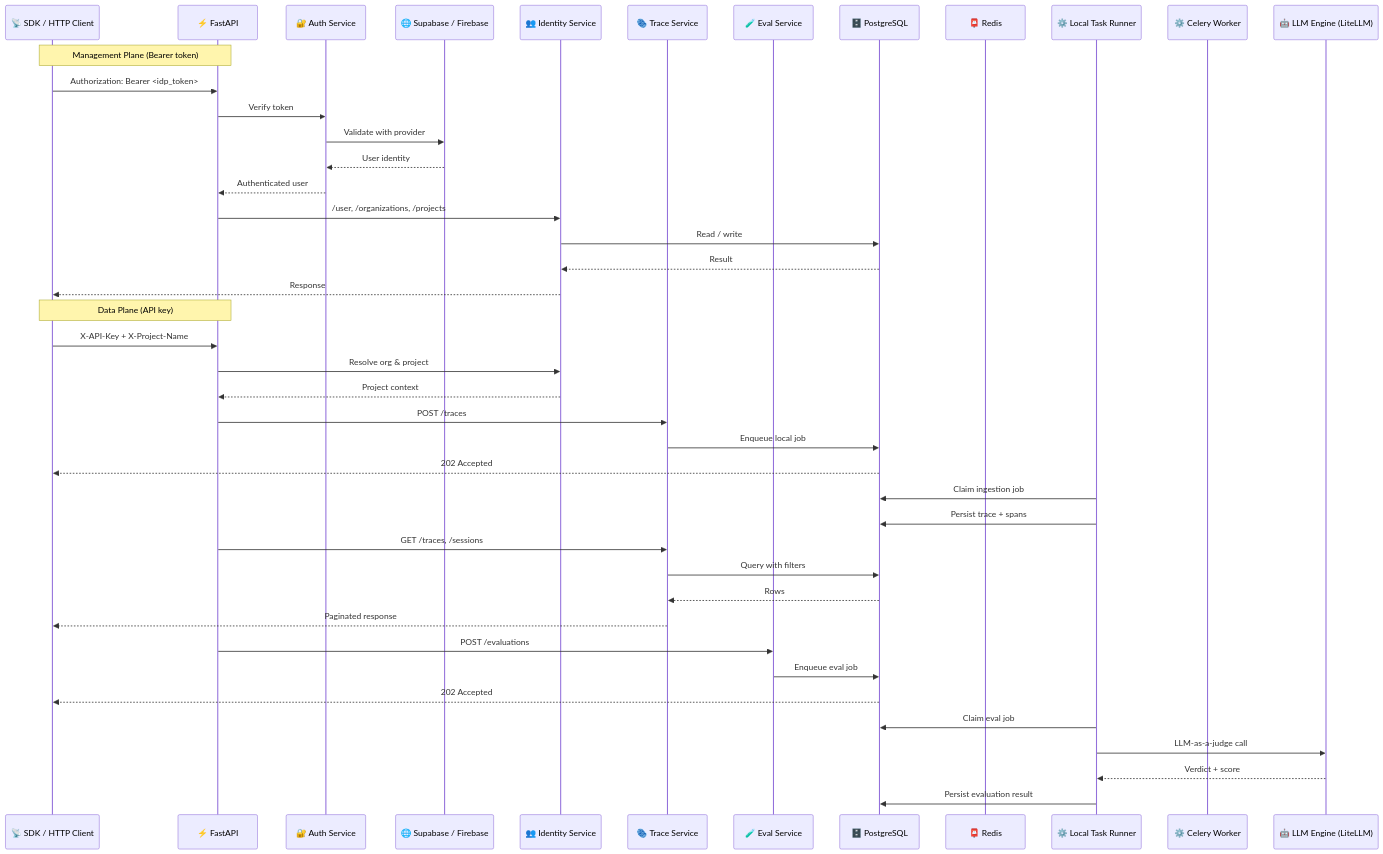
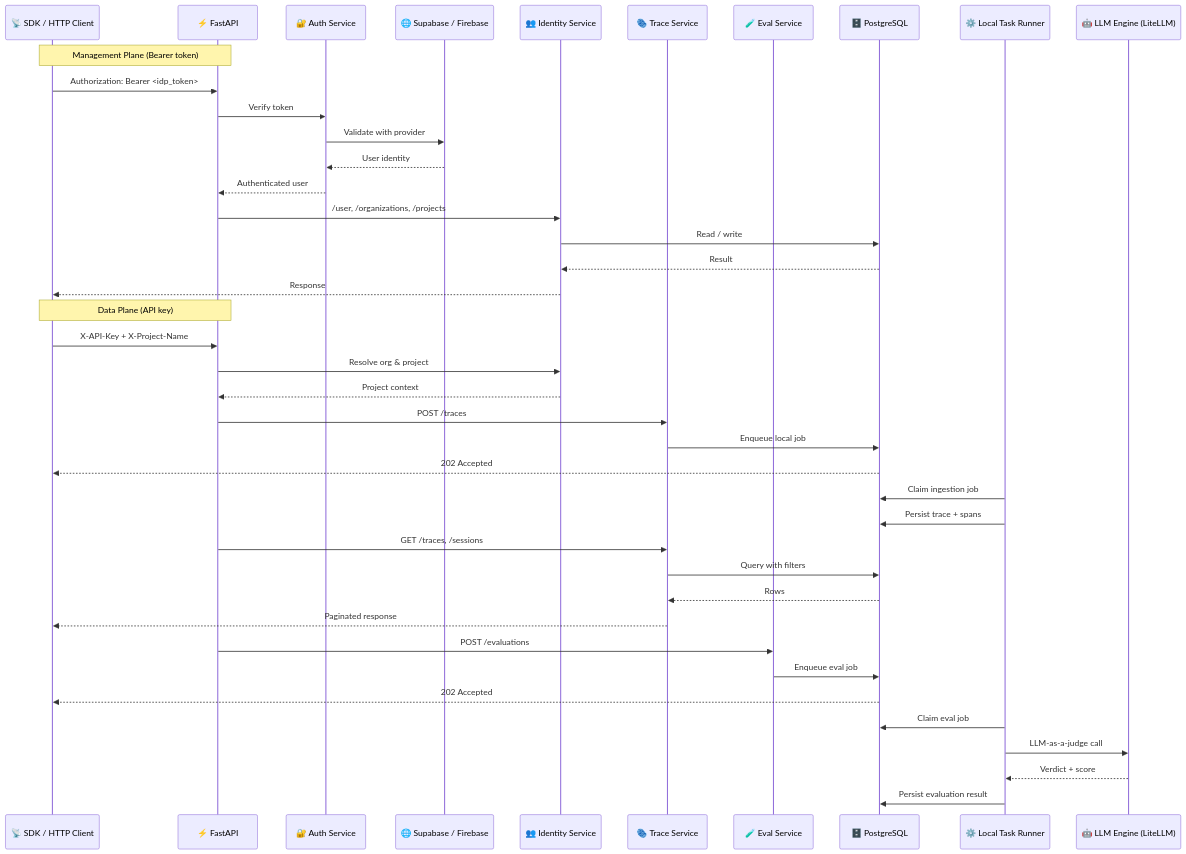
The diagram in README.md (selenium603/monitoring_platform), drawn with Mermaid before and after one commit. The commit also changed other lines of this file and 45 other files, not shown here.

````diff
--- a/README.md
+++ b/README.md
@@ -79,50 +79,48 @@
 ```mermaid
 sequenceDiagram
     participant Client as 📡 SDK / HTTP Client
     participant API as ⚡ FastAPI
     participant Auth as 🔐 Auth Service
     participant IdP as 🌐 Supabase / Firebase
     participant Identity as 👥 Identity Service
     participant Trace as 🫆 Trace Service
     participant Eval as 🧪 Eval Service
     participant DB as 🗄️ PostgreSQL
-    participant Redis as 📮 Redis
     participant LocalRunner as ⚙️ Local Task Runner
-    participant Worker as ⚙️ Celery Worker
     participant LLM as 🤖 LLM Engine (LiteLLM)
 
     Note over Client,API: Management Plane (Bearer token)
     Client->>API: Authorization: Bearer <idp_token>
     API->>Auth: Verify token
     Auth->>IdP: Validate with provider
     IdP-->>Auth: User identity
     Auth-->>API: Authenticated user
     API->>Identity: /user, /organizations, /projects
     Identity->>DB: Read / write
     DB-->>Identity: Result
     Identity-->>Client: Response
 
     Note over Client,API: Data Plane (API key)
     Client->>API: X-API-Key + X-Project-Name
     API->>Identity: Resolve org & project
     Identity-->>API: Project context
 
     API->>Trace: POST /traces
     Trace->>DB: Enqueue local job
     DB-->>Client: 202 Accepted
     LocalRunner->>DB: Claim ingestion job
     LocalRunner->>DB: Persist trace + spans
 
     API->>Trace: GET /traces, /sessions
     Trace->>DB: Query with filters
     DB-->>Trace: Rows
     Trace-->>Client: Paginated response
 
     API->>Eval: POST /evaluations
     Eval->>DB: Enqueue eval job
     DB-->>Client: 202 Accepted
     LocalRunner->>DB: Claim eval job
     LocalRunner->>LLM: LLM-as-a-judge call
     LLM-->>LocalRunner: Verdict + score
     LocalRunner->>DB: Persist evaluation result
 ```
````
